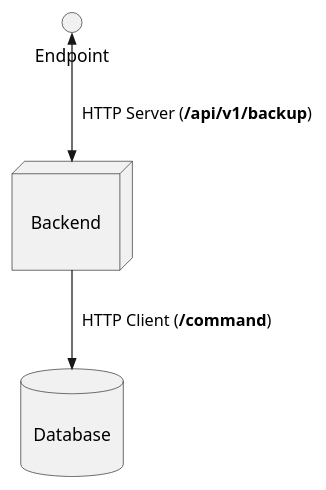
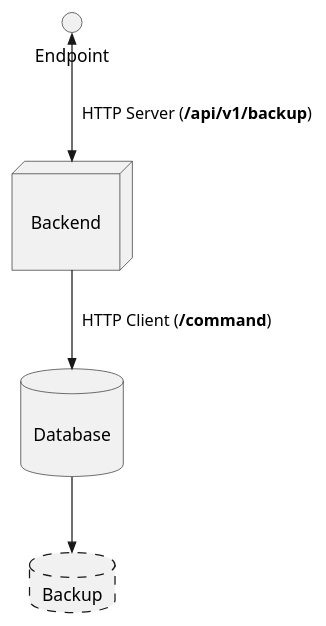
One commit to ulbmuenster/dataasee changed the diagram in docs/uml/backup-endpoint.puml. Above: the diagram before and after it, drawn with PlantUML. The commit also changed 142 other files, not shown here.

```diff
--- a/docs/uml/backup-endpoint.puml
+++ b/docs/uml/backup-endpoint.puml
@@ -1,22 +1,25 @@
 @startuml backup-endpoint
 
 interface endpoint [
 Endpoint
 ]
 
 node backend [
 
 Backend
 
 ]
 
 database database [
 
 Database
 
 ]
 
+database dst as "Backup" #line.dashed;
+
 endpoint <<-->> backend : "  HTTP Server (<b>/api/v1/backup</b>)"
 backend -->> database : "  HTTP Client (<b>/command</b>)"
+database -->> dst
 
 @enduml
```
